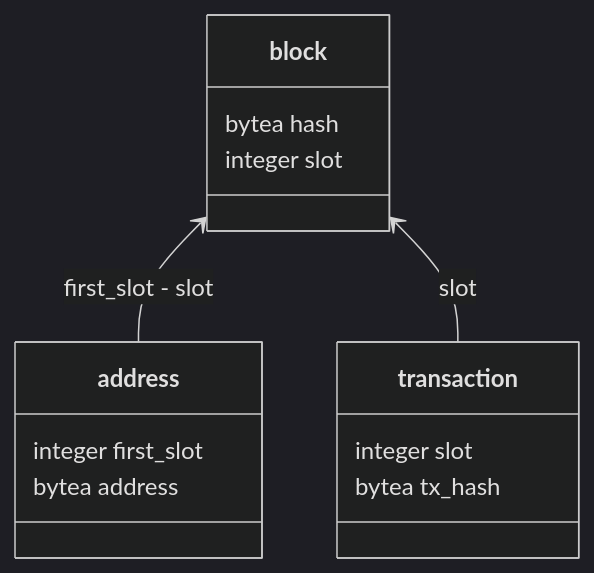
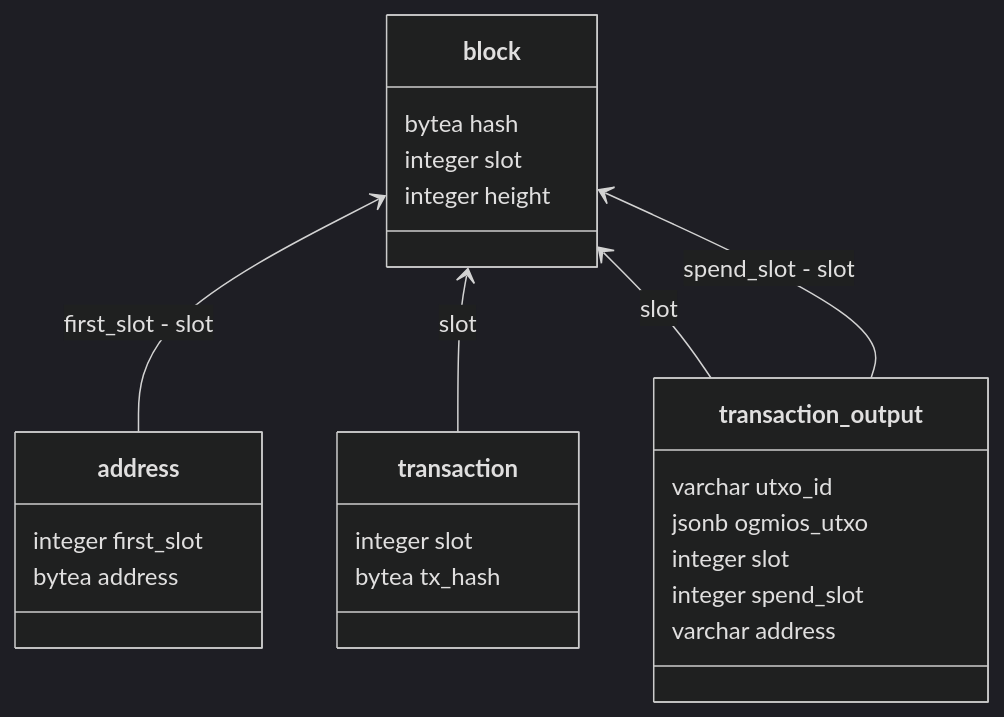
The diagram in README.md (WingRiders/cab-backend), drawn with Mermaid (dark theme) before and after one commit. The commit also changed other lines of this file, not shown here.

````diff
--- a/README.md
+++ b/README.md
@@ -292,19 +296,30 @@
 ```mermaid
 classDiagram
 direction BT
 class address {
    integer first_slot
    bytea address
 }
 class block {
    bytea hash
    integer slot
+   integer height
 }
 class transaction {
    integer slot
    bytea tx_hash
 }
 
+class transaction_output {
+    varchar utxo_id
+    jsonb ogmios_utxo
+    integer slot
+    integer spend_slot
+    varchar address
+}
+
 address  -->  block : first_slot - slot
 transaction  -->  block : slot
+transaction_output --> block : slot
+transaction_output --> block : spend_slot - slot
 ```
````
